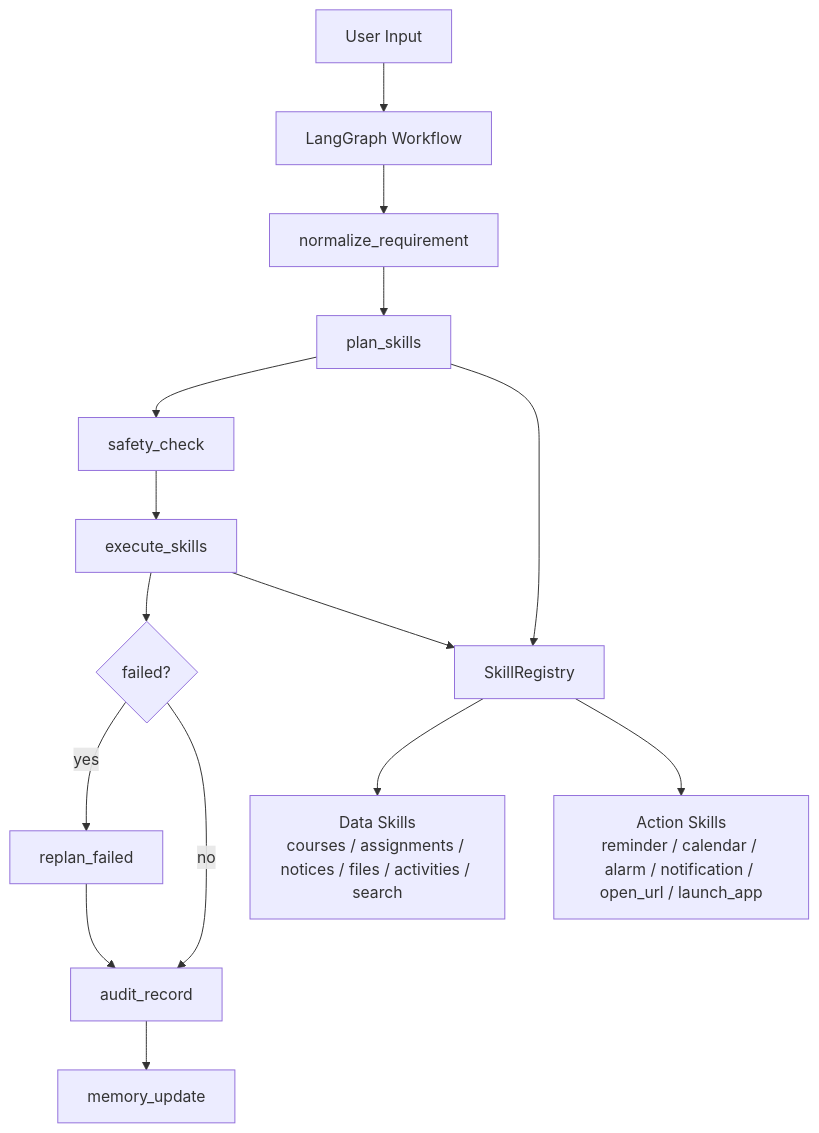
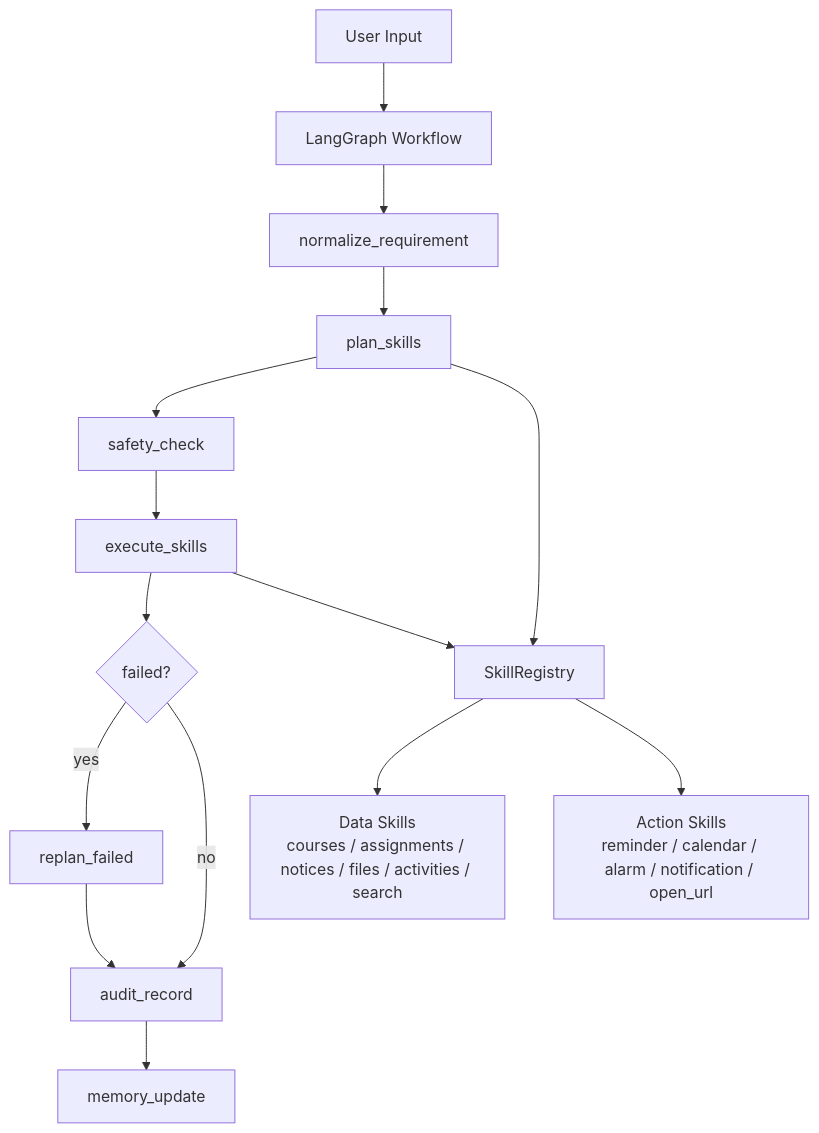
One commit to abrahaamm/OpenTHU changed the diagram in README.md. Above: the diagram before and after it, drawn with Mermaid. The commit also changed 35 other files, not shown here.

````diff
--- a/README.md
+++ b/README.md
@@ -18,19 +18,19 @@
 ```mermaid
 flowchart TD
     A["User Input"] --> B["LangGraph Workflow"]
     B --> C["normalize_requirement"]
     C --> D["plan_skills"]
     D --> E["safety_check"]
     E --> F["execute_skills"]
     F --> G{"failed?"}
     G -- "yes" --> H["replan_failed"]
     G -- "no" --> I["audit_record"]
     H --> I
     I --> J["memory_update"]
 
     D --> K["SkillRegistry"]
     F --> K
 
     K --> L["Data Skills<br/>courses / assignments / notices / files / activities / search"]
-    K --> M["Action Skills<br/>reminder / calendar / alarm / notification / open_url / launch_app"]
+    K --> M["Action Skills<br/>reminder / calendar / alarm / notification / open_url"]
 ```
````
